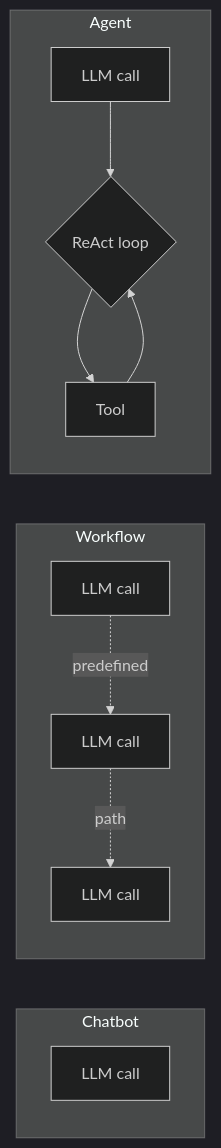
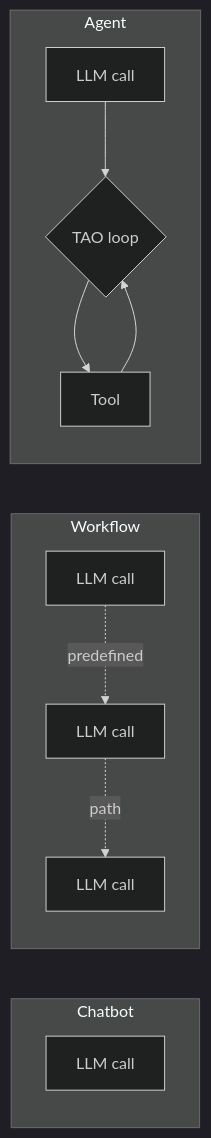
One commit to averagejoeslab/agenteng changed the diagram in agentic-engineering/lessons/01-what-is-an-agent/README.md. Above: the diagram before and after it, drawn with Mermaid (dark theme). The commit also changed other lines of this file and 1 other file, not shown here.

First line of the commit message:
docs: rename ReAct loop to TAO loop throughout

````diff
--- a/agentic-engineering/lessons/01-what-is-an-agent/README.md
+++ b/agentic-engineering/lessons/01-what-is-an-agent/README.md
@@ -40,13 +40,13 @@
 ```mermaid
 flowchart LR
     subgraph Chatbot
         A1[LLM call]
     end
     subgraph Workflow
         B1[LLM call] -.predefined.-> B2[LLM call] -.path.-> B3[LLM call]
     end
     subgraph Agent
-        C1[LLM call] --> C2{ReAct loop}
+        C1[LLM call] --> C2{TAO loop}
         C2 --> C3[Tool] --> C2
     end
 ```
````
